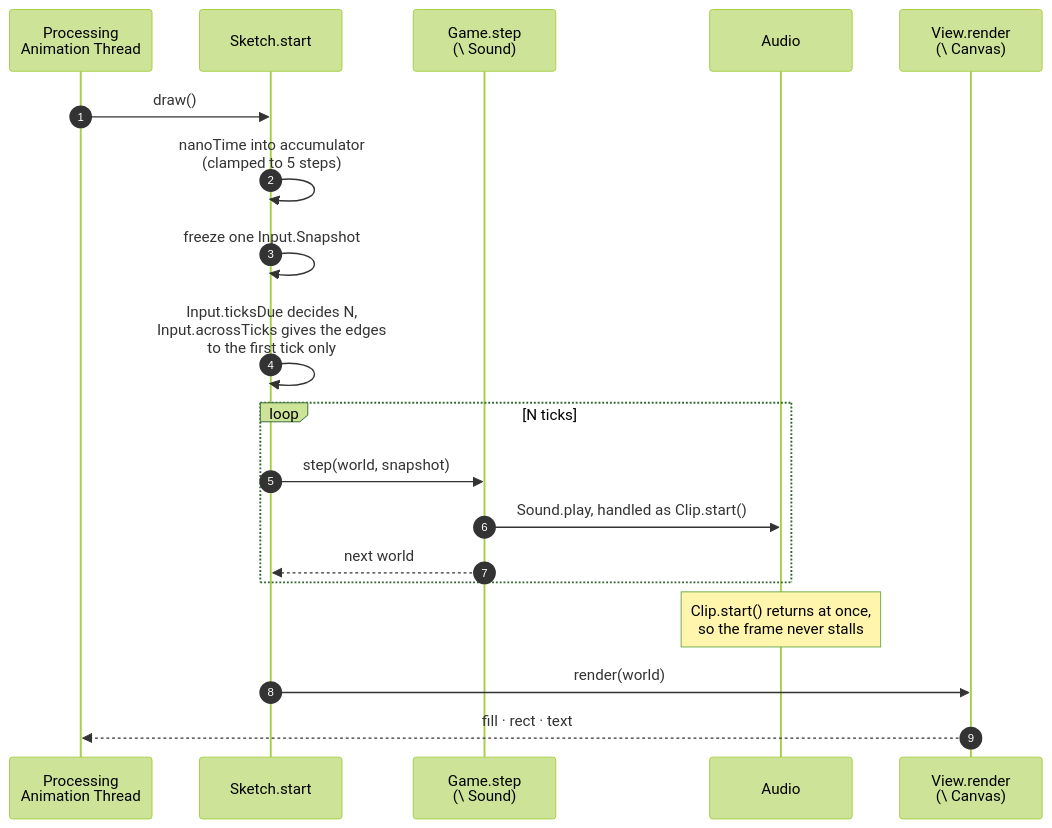
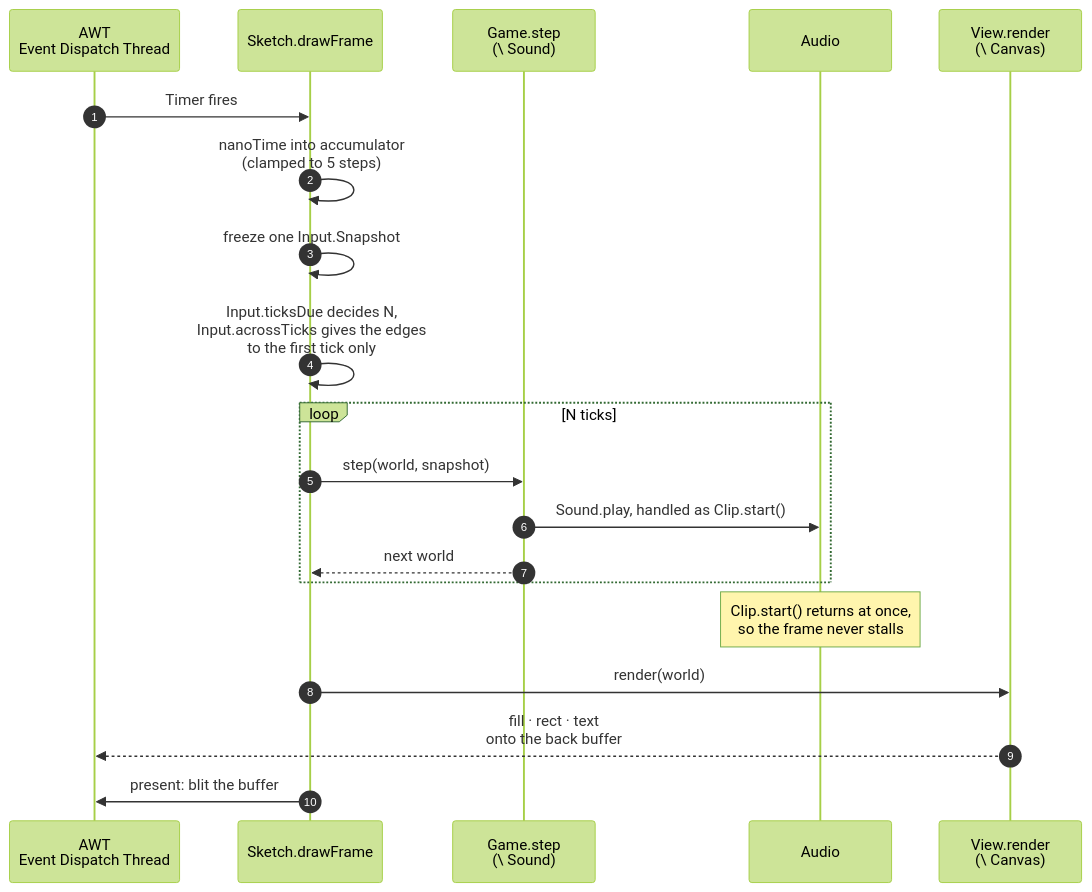
One commit to wstein/flix-invaders changed the third of 6 diagrams in README.md. Above: the diagram before and after it, drawn with Mermaid (forest theme). The commit also changed other lines of this file and 6 other files, not shown here.

````diff
--- a/README.md
+++ b/README.md
@@ -175,22 +177,23 @@
 ```mermaid
 sequenceDiagram
     autonumber
-    participant P as Processing<br/>Animation Thread
-    participant S as Sketch.start
+    participant P as AWT<br/>Event Dispatch Thread
+    participant S as Sketch.drawFrame
     participant G as Game.step<br/>(\ Sound)
     participant A as Audio
     participant V as View.render<br/>(\ Canvas)
 
-    P->>S: draw()
+    P->>S: Timer fires
     S->>S: nanoTime into accumulator<br/>(clamped to 5 steps)
     S->>S: freeze one Input.Snapshot
     S->>S: Input.ticksDue decides N,<br/>Input.acrossTicks gives the edges<br/>to the first tick only
     loop N ticks
         S->>G: step(world, snapshot)
         G->>A: Sound.play, handled as Clip.start()
         G-->>S: next world
     end
     Note over A: Clip.start() returns at once,<br/>so the frame never stalls
     S->>V: render(world)
-    V-->>P: fill · rect · text
+    V-->>P: fill · rect · text<br/>onto the back buffer
+    S->>P: present: blit the buffer
 ```
````
